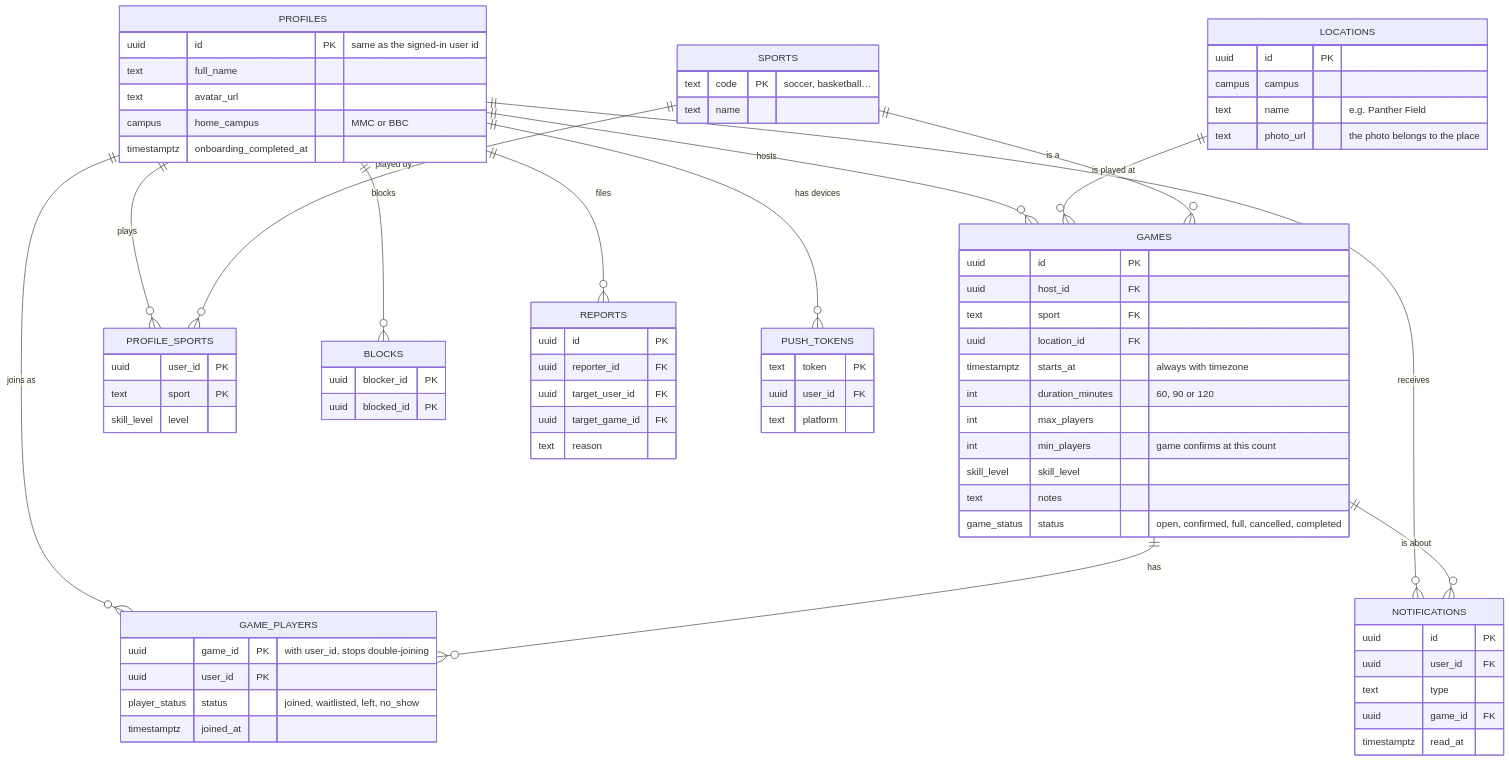
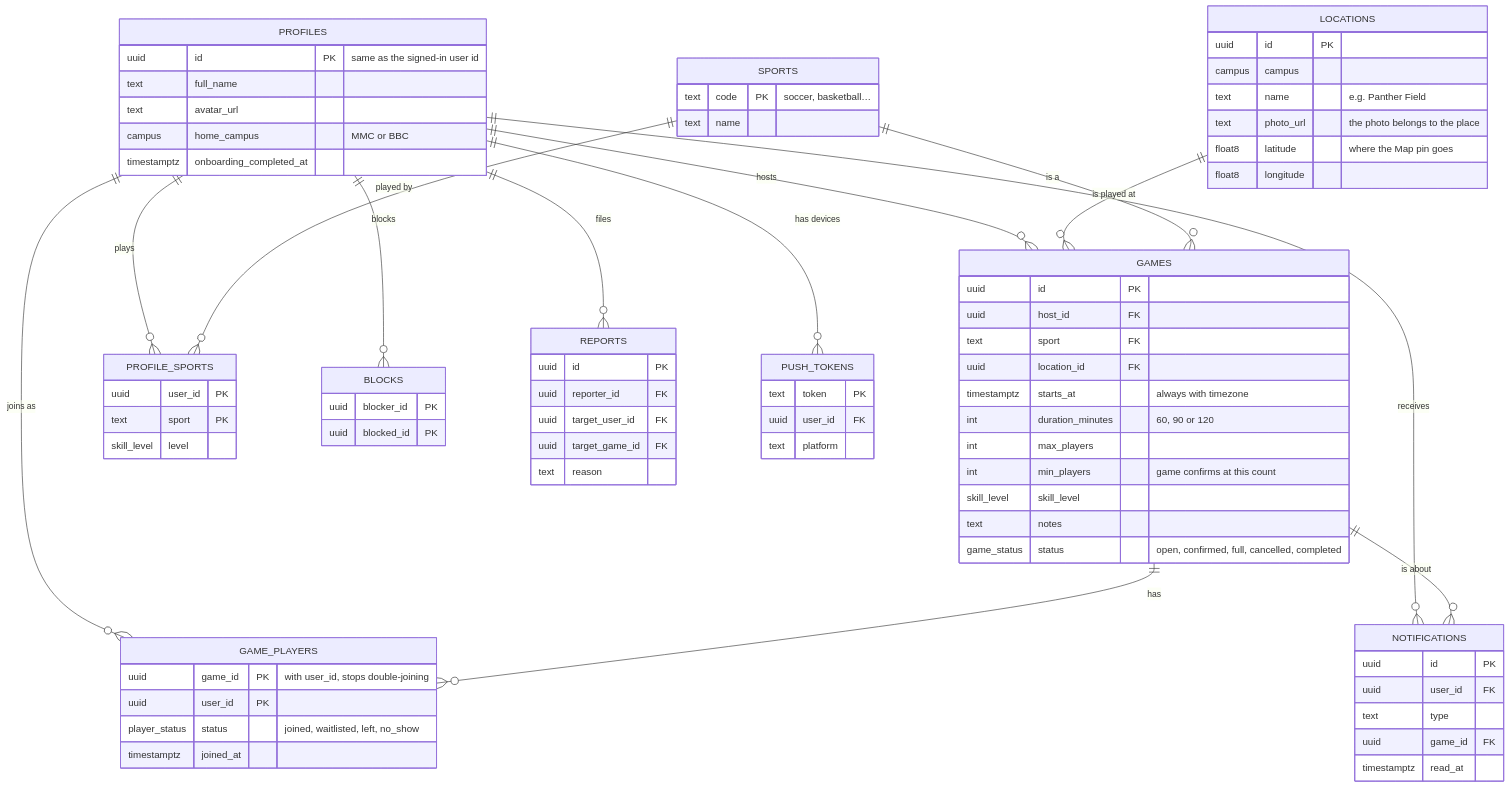
Before and after one commit to aymanlaassel/pantherplay: the fifth of 9 diagrams in docs/ARCHITECTURE.md, drawn with Mermaid. The commit also changed other lines of this file and 8 other files, not shown here.

````diff
--- a/docs/ARCHITECTURE.md
+++ b/docs/ARCHITECTURE.md
@@ -233,80 +234,82 @@
 ```mermaid
 erDiagram
   PROFILES ||--o{ GAMES : "hosts"
   PROFILES ||--o{ GAME_PLAYERS : "joins as"
   GAMES ||--o{ GAME_PLAYERS : "has"
   LOCATIONS ||--o{ GAMES : "is played at"
   SPORTS ||--o{ GAMES : "is a"
   PROFILES ||--o{ PROFILE_SPORTS : "plays"
   SPORTS ||--o{ PROFILE_SPORTS : "played by"
   PROFILES ||--o{ NOTIFICATIONS : "receives"
   GAMES ||--o{ NOTIFICATIONS : "is about"
   PROFILES ||--o{ BLOCKS : "blocks"
   PROFILES ||--o{ REPORTS : "files"
   PROFILES ||--o{ PUSH_TOKENS : "has devices"
 
   PROFILES {
     uuid id PK "same as the signed-in user id"
     text full_name
     text avatar_url
     campus home_campus "MMC or BBC"
     timestamptz onboarding_completed_at
   }
   GAMES {
     uuid id PK
     uuid host_id FK
     text sport FK
     uuid location_id FK
     timestamptz starts_at "always with timezone"
     int duration_minutes "60, 90 or 120"
     int max_players
     int min_players "game confirms at this count"
     skill_level skill_level
     text notes
     game_status status "open, confirmed, full, cancelled, completed"
   }
   GAME_PLAYERS {
     uuid game_id PK "with user_id, stops double-joining"
     uuid user_id PK
     player_status status "joined, waitlisted, left, no_show"
     timestamptz joined_at
   }
   LOCATIONS {
     uuid id PK
     campus campus
     text name "e.g. Panther Field"
     text photo_url "the photo belongs to the place"
+    float8 latitude "where the Map pin goes"
+    float8 longitude
   }
   SPORTS {
     text code PK "soccer, basketball…"
     text name
   }
   PROFILE_SPORTS {
     uuid user_id PK
     text sport PK
     skill_level level
   }
   NOTIFICATIONS {
     uuid id PK
     uuid user_id FK
     text type
     uuid game_id FK
     timestamptz read_at
   }
   BLOCKS {
     uuid blocker_id PK
     uuid blocked_id PK
   }
   REPORTS {
     uuid id PK
     uuid reporter_id FK
     uuid target_user_id FK
     uuid target_game_id FK
     text reason
   }
   PUSH_TOKENS {
     text token PK
     uuid user_id FK
     text platform
   }
 ```
````
